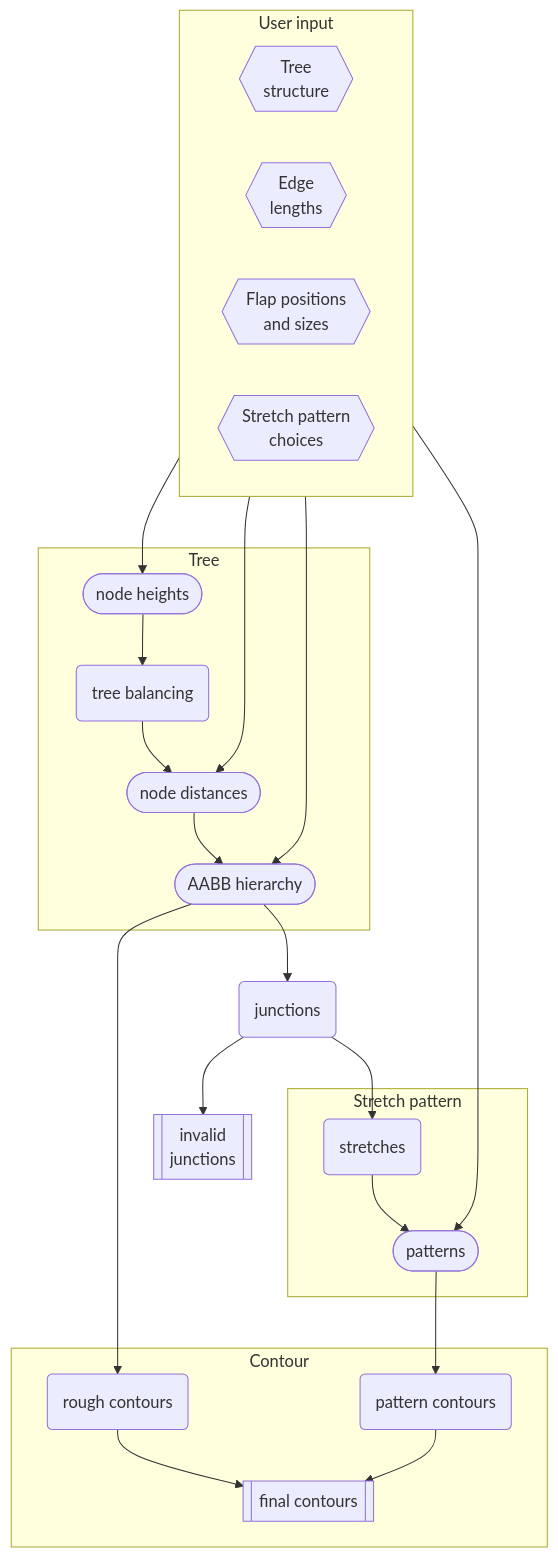
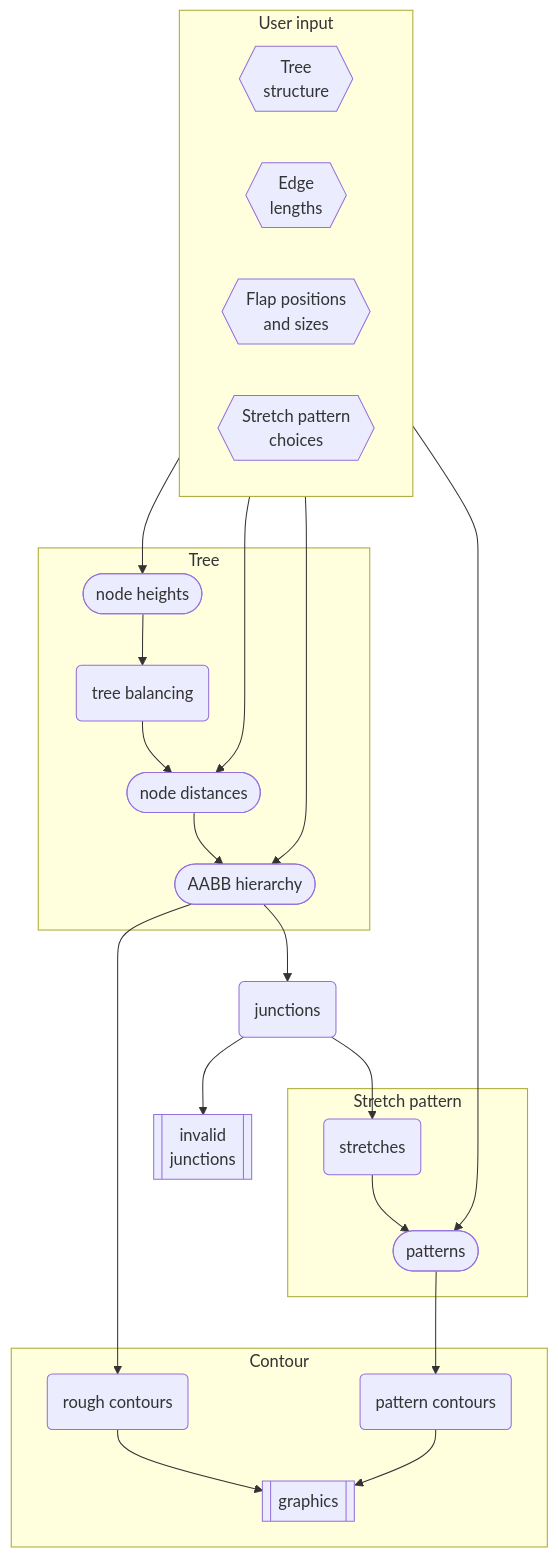
The diagram in src/core/README.md (bp-studio/box-pleating-studio), drawn with Mermaid before and after one commit. The commit also changed 21 other files, not shown here.

Commit message:
Basic GraphicsTask

````diff
--- a/src/core/README.md
+++ b/src/core/README.md
@@ -18,33 +18,33 @@
 ```mermaid
 flowchart TB
 subgraph User input
 	direction LR
 	T{{Tree\nstructure}}
 	L{{Edge\nlengths}}
 	F{{Flap positions\nand sizes}}
 	P{{Stretch pattern\nchoices}}
 end
 subgraph Tree
 	h([node heights])
 	b(tree balancing)
 	d([node distances])
 	a([AABB hierarchy])
 end
 j(junctions)
 i[[invalid\njunctions]]
 subgraph Stretch pattern
 	s(stretches)
 	p([patterns])
 end
 subgraph Contour
 	rc(rough contours)
 	pc(pattern contours)
-	fc[[final contours]]
+	g[[graphics]]
 end
 
 T --> h --> b
 b & L --> d
-d & F --> a --> rc --> fc
+d & F --> a --> rc --> g
 a --> j --> i & s
-s & P --> p --> pc --> fc
+s & P --> p --> pc --> g
 ```
````
